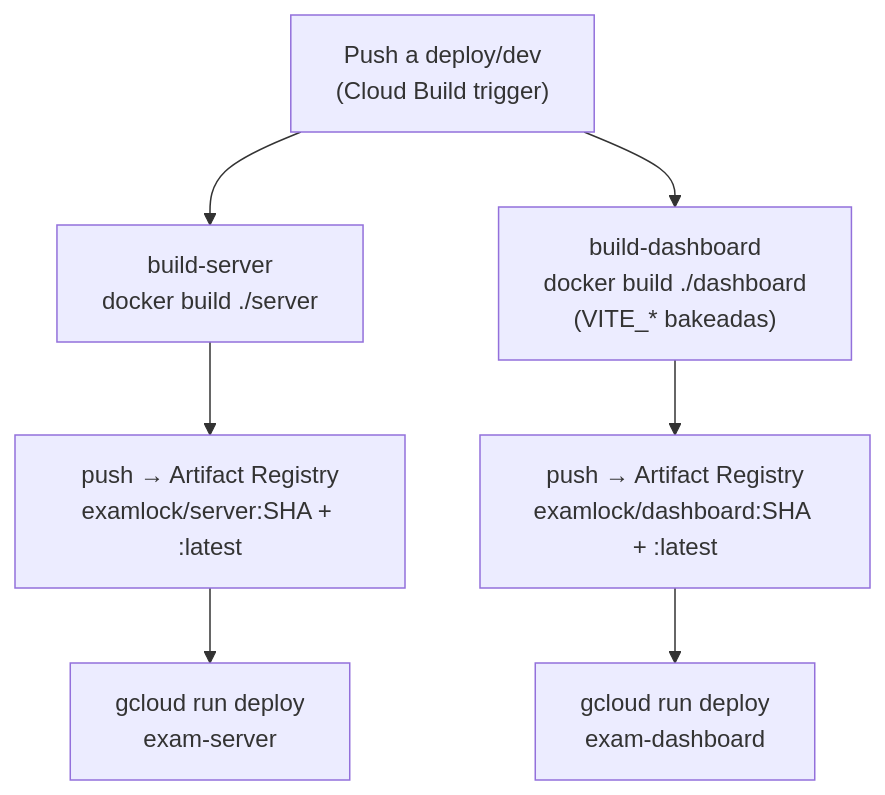
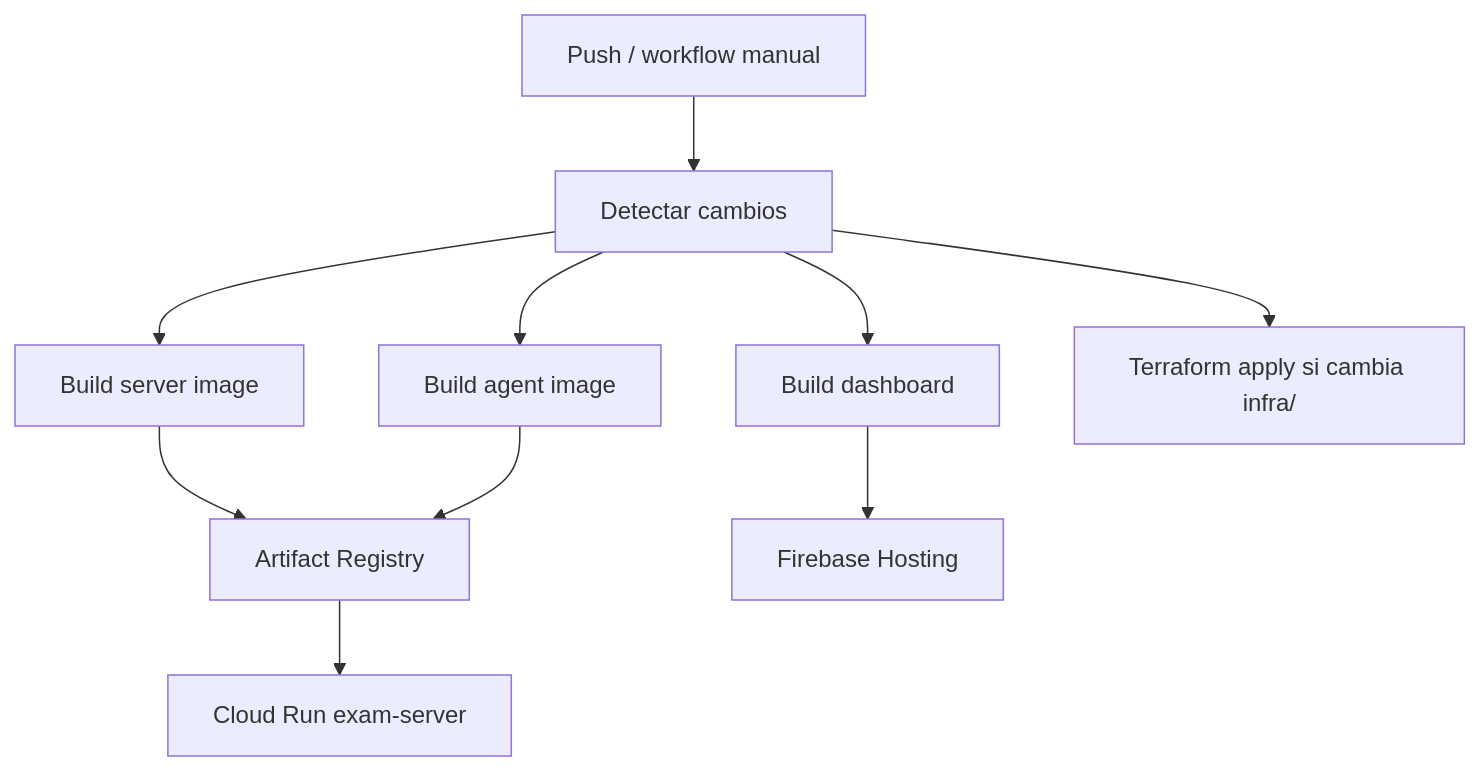
One commit to daniel-baf/virtua-ExamLock changed the diagram in docs/deploy.md. Above: the diagram before and after it, drawn with Mermaid. The commit also changed other lines of this file and 43 other files, not shown here.

First line of the commit message:
deploy/dev (#3)

````diff
--- a/docs/deploy.md
+++ b/docs/deploy.md
@@ -66,13 +7,12 @@
 ```mermaid
 flowchart TD
-    PUSH["Push a deploy/dev\n(Cloud Build trigger)"]
-
-    PUSH --> BS["build-server\ndocker build ./server"]
-    PUSH --> BD["build-dashboard\ndocker build ./dashboard\n(VITE_* bakeadas)"]
-
-    BS --> PS["push → Artifact Registry\nexamlock/server:SHA + :latest"]
-    BD --> PD["push → Artifact Registry\nexamlock/dashboard:SHA + :latest"]
-
-    PS --> DS["gcloud run deploy\nexam-server"]
-    PD --> DD["gcloud run deploy\nexam-dashboard"]
+    Push["Push / workflow manual"] --> Detect["Detectar cambios"]
+    Detect --> Server["Build server image"]
+    Detect --> Agent["Build agent image"]
+    Detect --> Dashboard["Build dashboard"]
+    Detect --> Terraform["Terraform apply si cambia infra/"]
+    Server --> Registry["Artifact Registry"]
+    Agent --> Registry
+    Registry --> CloudRun["Cloud Run exam-server"]
+    Dashboard --> Firebase["Firebase Hosting"]
 ```
````
